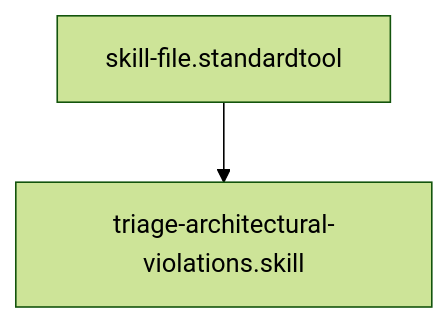
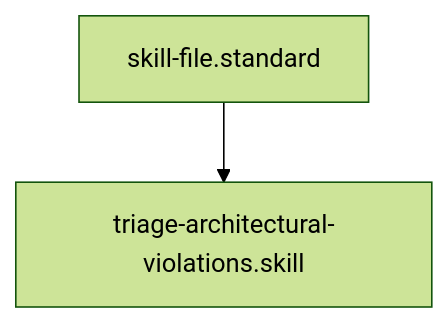
Before and after one commit to Gizmo4Life/ai-kernel: the diagram in skills/triage-architectural-violations.skill.md, drawn with Mermaid (forest theme). The commit also changed other lines of this file and 89 other files, not shown here.

````diff
--- a/skills/triage-architectural-violations.skill.md
+++ b/skills/triage-architectural-violations.skill.md
@@ -18,4 +19,4 @@
 ```mermaid
 graph TD
-    skill-file.standardtool --> triage-architectural-violations.skill
+    skill-file.standard --> triage-architectural-violations.skill
 ```
````
